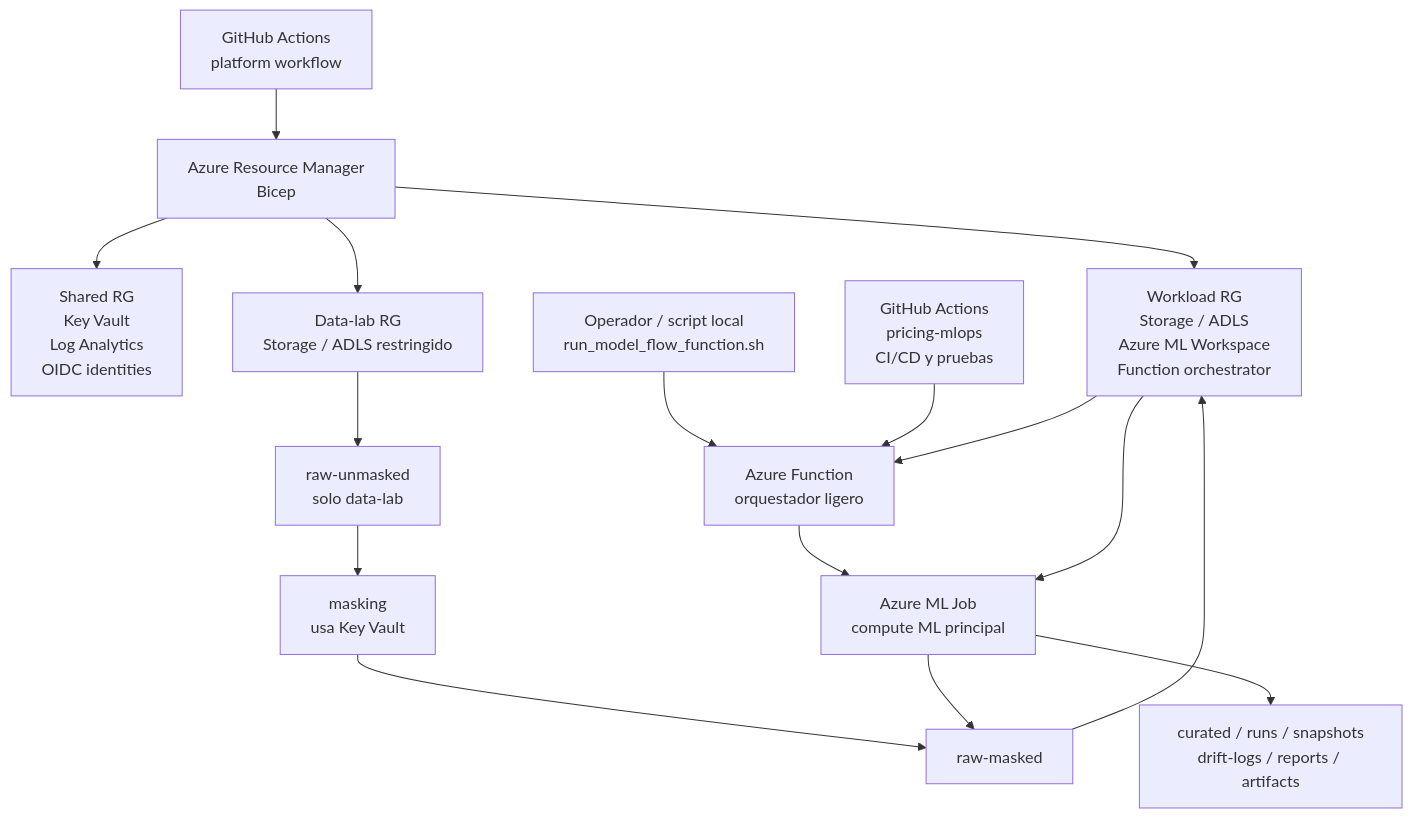
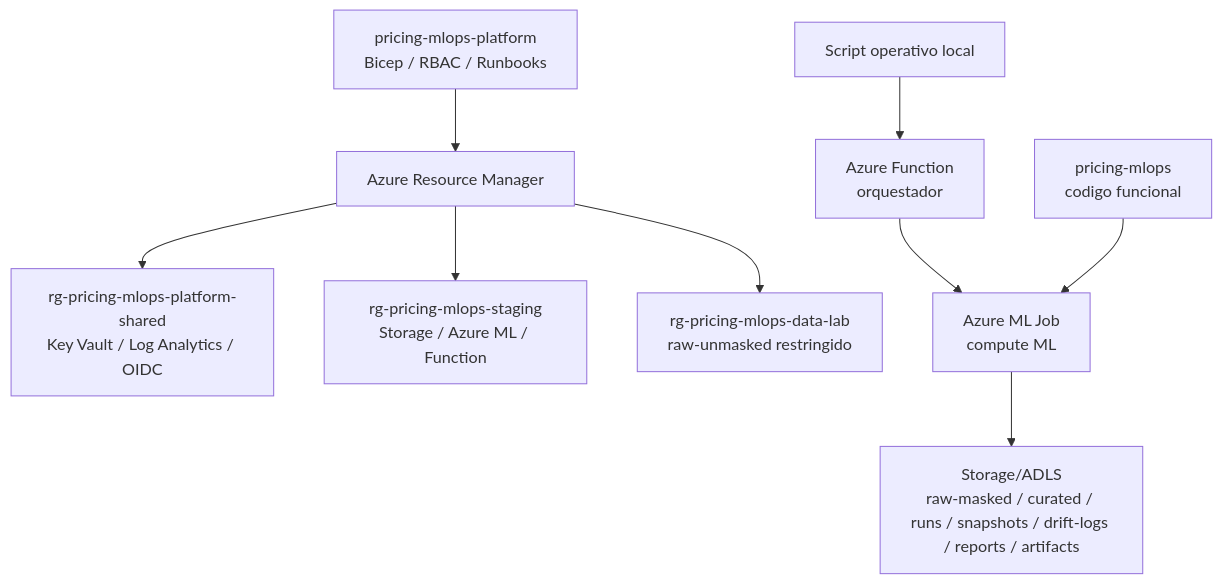
The diagram in README.md (tecmx-team46-pricing/pricing-mlops-platform), drawn with Mermaid before and after one commit. The commit also changed other lines of this file and 17 other files, not shown here.

````diff
--- a/README.md
+++ b/README.md
@@ -17,20 +20,12 @@
 ```mermaid
 flowchart TD
-  GHAPlatform["GitHub Actions<br/>platform workflow"] --> ARM["Azure Resource Manager<br/>Bicep"]
-  ARM --> Shared["Shared RG<br/>Key Vault<br/>Log Analytics<br/>OIDC identities"]
-  ARM --> Workload["Workload RG<br/>Storage / ADLS<br/>Azure ML Workspace<br/>Function orchestrator"]
-  ARM --> DataLab["Data-lab RG<br/>Storage / ADLS restringido"]
+  Platform["pricing-mlops-platform<br/>Bicep / RBAC / Runbooks"] --> ARM["Azure Resource Manager"]
+  ARM --> Shared["rg-pricing-mlops-platform-shared<br/>Key Vault / Log Analytics / OIDC"]
+  ARM --> Staging["rg-pricing-mlops-staging<br/>Storage / Azure ML / Function"]
+  ARM --> DataLab["rg-pricing-mlops-data-lab<br/>raw-unmasked restringido"]
 
-  DataLab --> RawUnmasked["raw-unmasked<br/>solo data-lab"]
-  RawUnmasked --> Masking["masking<br/>usa Key Vault"]
-  Masking --> RawMasked["raw-masked"]
-  RawMasked --> Workload
-
-  Operator["Operador / script local<br/>run_model_flow_function.sh"] --> Function
-  GHAModel["GitHub Actions<br/>pricing-mlops<br/>CI/CD y pruebas"] --> Function
-  Function["Azure Function<br/>orquestador ligero"] --> AML["Azure ML Job<br/>compute ML principal"]
-  Workload --> Function
-  Workload --> AML
-  AML --> RawMasked
-  AML --> Runs["curated / runs / snapshots<br/>drift-logs / reports / artifacts"]
+  Operator["Script operativo local"] --> Function["Azure Function<br/>orquestador"]
+  Function --> AML["Azure ML Job<br/>compute ML"]
+  AML --> Storage["Storage/ADLS<br/>raw-masked / curated / runs / snapshots / drift-logs / reports / artifacts"]
+  ModelRepo["pricing-mlops<br/>codigo funcional"] --> AML
 ```
````
